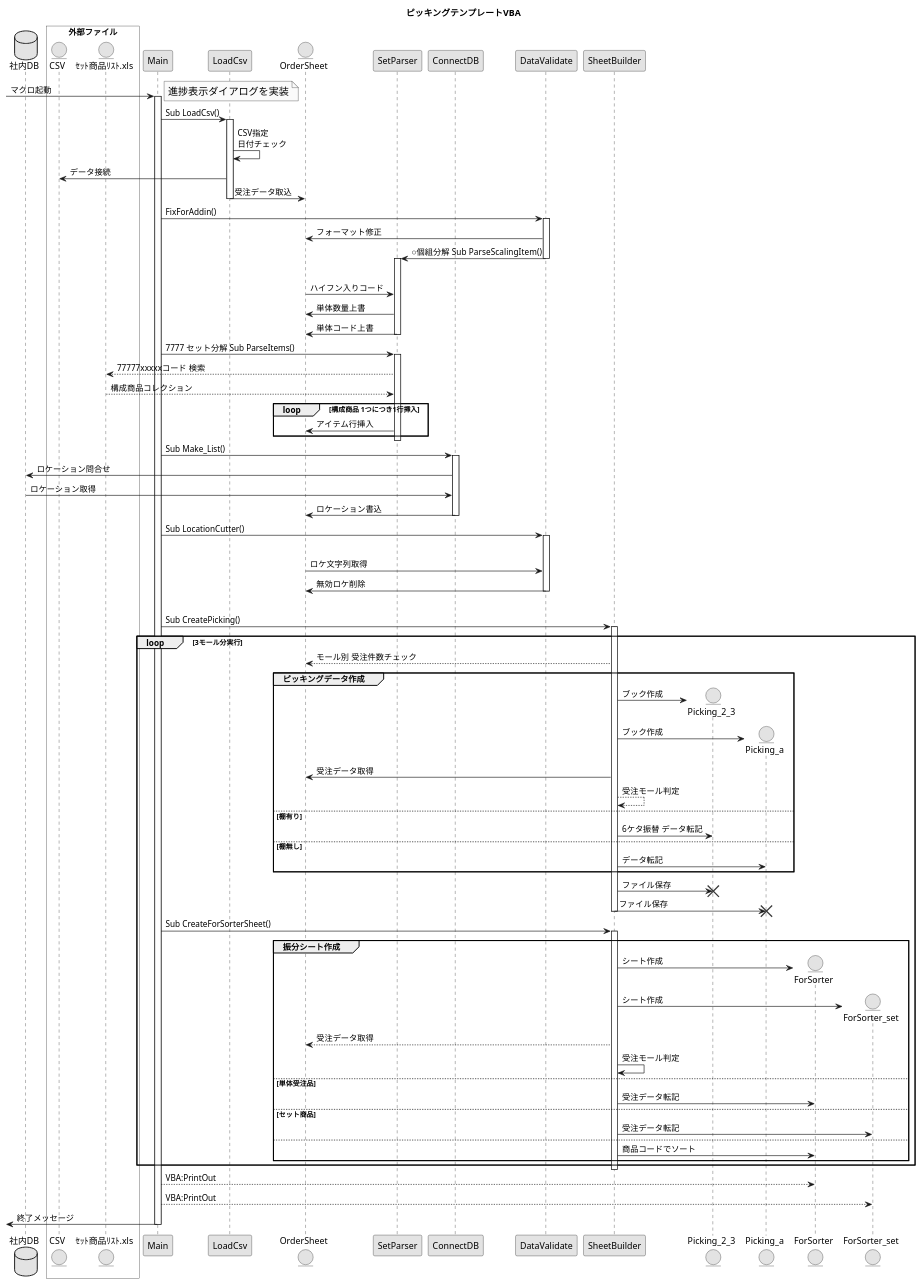
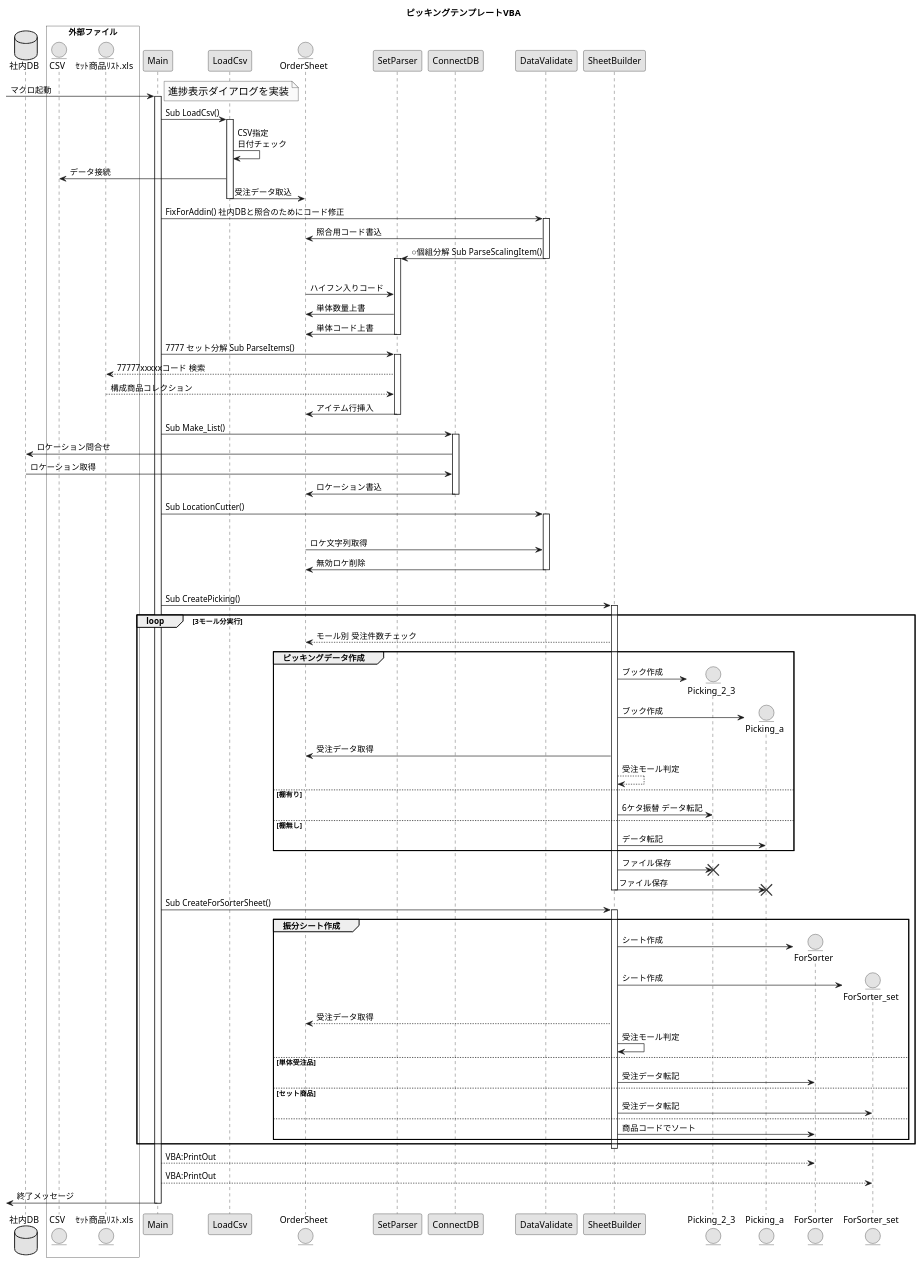
Before and after one commit to amunenaga/ec-backyard-macro: the diagram in picking_create_vba.puml, drawn with PlantUML. The commit also changed 2 other files, not shown here.

```diff
--- a/picking_create_vba.puml
+++ b/picking_create_vba.puml
@@ -1,161 +1,159 @@
 @startuml picking_create_vba
 
 skinparam monochrome true
 skinparam packageFontSize 25
 
 title ピッキングテンプレートVBA
 
 database 社内DB
 
 box "外部ファイル" #white
     entity CSV
     entity ｾｯﾄ商品ﾘｽﾄ.xls
 end box
 
 participant Main
 
 [-> Main : マクロ起動
 activate Main
 
 note right
   <size:16>進捗表示ダイアログを実装</size>
 end note
 
 Main -> LoadCsv : Sub LoadCsv()
 activate LoadCsv
 
 LoadCsv -> LoadCsv : CSV指定\n日付チェック
 
 CSV <- LoadCsv : データ接続
 
 entity OrderSheet
 
 LoadCsv -> OrderSheet : 受注データ取込
 deactivate LoadCsv
 
-Main -> DataValidate : FixForAddin()
+Main -> DataValidate : FixForAddin() 社内DBと照合のためにコード修正
 activate DataValidate
-DataValidate -> OrderSheet : フォーマット修正
+DataValidate -> OrderSheet : 照合用コード書込
 
 participant SetParser
 
 DataValidate -> SetParser : ○個組分解 Sub ParseScalingItem()
 
 deactivate DataValidate
 
 |||
 activate SetParser
 
 SetParser <- OrderSheet : ハイフン入りコード
 SetParser -> OrderSheet : 単体数量上書
 SetParser -> OrderSheet : 単体コード上書
 deactivate SetParser
 
 Main -> SetParser : 7777 セット分解 Sub ParseItems()
 
 activate SetParser
 
 ｾｯﾄ商品ﾘｽﾄ.xls <-- SetParser : 77777xxxxxコード 検索
 ｾｯﾄ商品ﾘｽﾄ.xls --> SetParser : 構成商品コレクション
 
-Loop 構成商品 1つにつき1行挿入
-    SetParser -> OrderSheet : アイテム行挿入
-end
+SetParser -> OrderSheet : アイテム行挿入
 
 deactivate SetParser
 
 Main -> ConnectDB : Sub Make_List()
 activate ConnectDB
 社内DB <- ConnectDB : ロケーション問合せ
 社内DB -> ConnectDB :ロケーション取得
 OrderSheet <- ConnectDB : ロケーション書込
 deactivate ConnectDB
 
 
 
 participant DataValidate
 
 Main -> DataValidate : Sub LocationCutter()
 
 activate DataValidate
 
 |||
 OrderSheet -> DataValidate :ロケ文字列取得
 OrderSheet <- DataValidate :無効ロケ削除
 deactivate DataValidate
 |||
 
 deactivate DataValidate
 
 participant SheetBuilder
 
 Main -> SheetBuilder : Sub CreatePicking()
 activate SheetBuilder
 
 loop 3モール分実行
     
     OrderSheet <-- SheetBuilder : モール別 受注件数チェック
 
     Group ピッキングデータ作成
 
         create entity Picking_2_3
         SheetBuilder -> Picking_2_3 : ブック作成
 
         create entity Picking_a
         SheetBuilder -> Picking_a : ブック作成
 
         OrderSheet <- SheetBuilder : 受注データ取得
 
         SheetBuilder --> SheetBuilder : 受注モール判定
 
         else 棚有り
             SheetBuilder -> Picking_2_3 : 6ケタ振替 データ転記
 
         else 棚無し
             SheetBuilder -> Picking_a : データ転記
     end
 
     SheetBuilder -> Picking_2_3 : ファイル保存
     destroy Picking_2_3
     SheetBuilder -> Picking_a : ファイル保存
     deactivate SheetBuilder
 
     destroy Picking_a
     deactivate SheetBuilder
 
 
     Main -> SheetBuilder : Sub CreateForSorterSheet()
         Group 振分シート作成
         activate SheetBuilder
         create entity ForSorter
         SheetBuilder -> ForSorter : シート作成
         create entity ForSorter_set
         SheetBuilder -> ForSorter_set : シート作成
         OrderSheet <-- SheetBuilder : 受注データ取得
         SheetBuilder -> SheetBuilder : 受注モール判定
 
         else 単体受注品
 
             SheetBuilder -> ForSorter : 受注データ転記
         
         else セット商品
 
             SheetBuilder -> ForSorter_set : 受注データ転記
         else
 
             SheetBuilder -> ForSorter : 商品コードでソート
 
     end
 end
 
 deactivate SheetBuilder
 
 Main --> ForSorter : VBA:PrintOut 
 Main --> ForSorter_set : VBA:PrintOut
 
 
 [<- Main : 終了メッセージ
 
 deactivate Main
 
 @enduml
```
